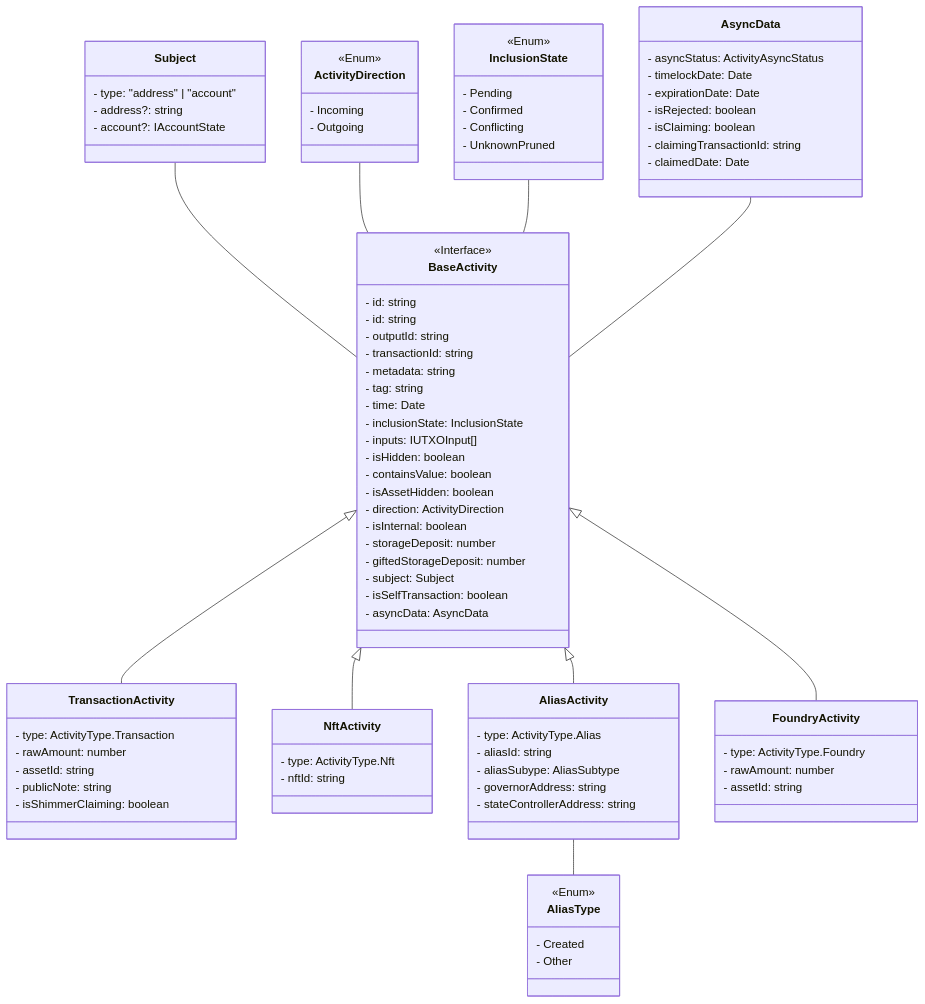
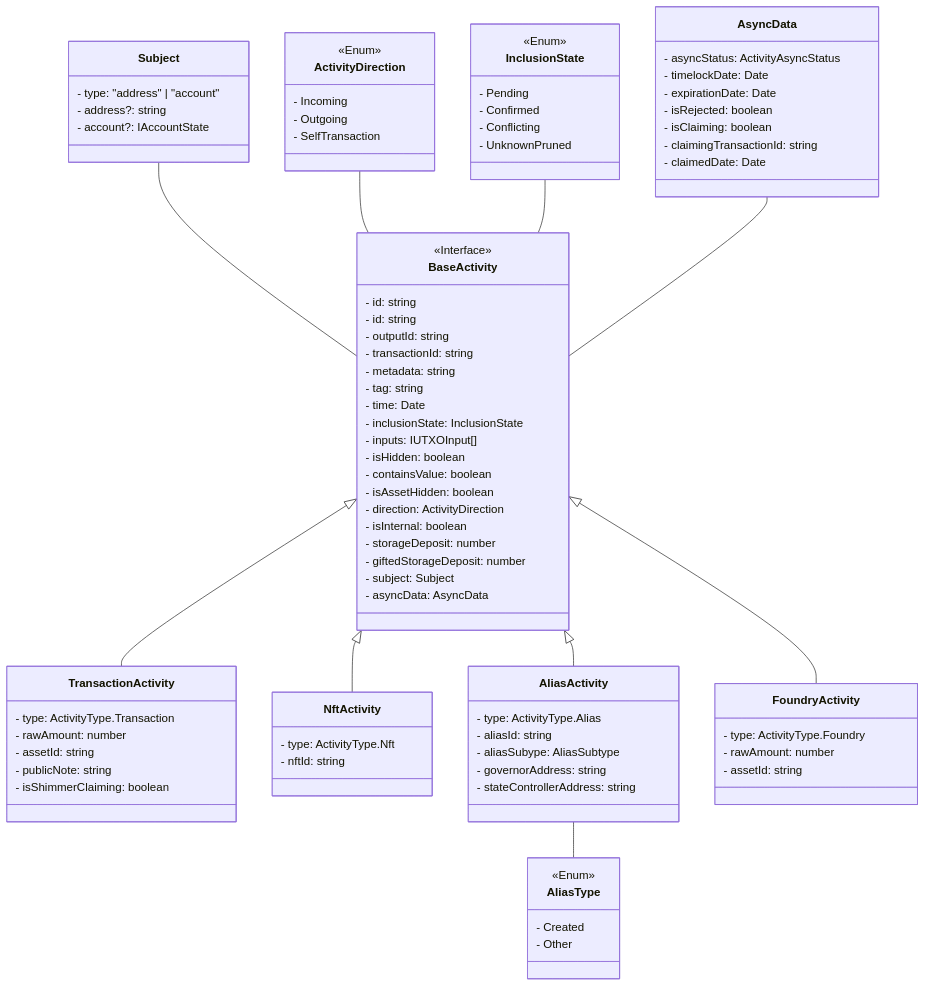
Before and after one commit to iotaledger/firefly: the diagram in docs/specifications/activities/class-diagram.md, drawn with Mermaid. The commit also changed 13 other files, not shown here.

Commit message:
refactor: add self transaction to activity directions

```diff
--- a/docs/specifications/activities/class-diagram.md
+++ b/docs/specifications/activities/class-diagram.md
@@ -36,7 +36,6 @@
         - storageDeposit: number
         - giftedStorageDeposit: number
         - subject: Subject
-        - isSelfTransaction: boolean
         - asyncData: AsyncData
     }
     class Transaction Activity {
@@ -71,6 +70,7 @@
         <<Enum>>
         - Incoming
         - Outgoing
+        - SelfTransaction
     }
     class Alias Type {
         <<Enum>>
```
